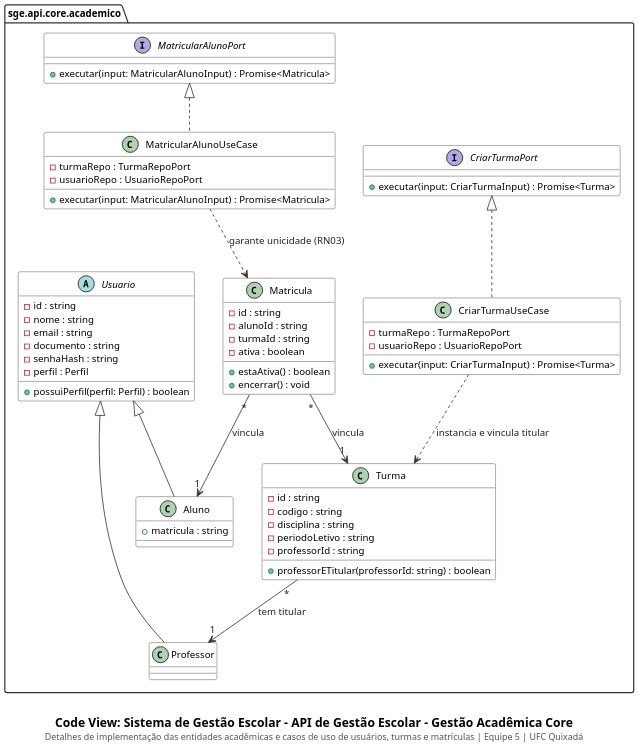
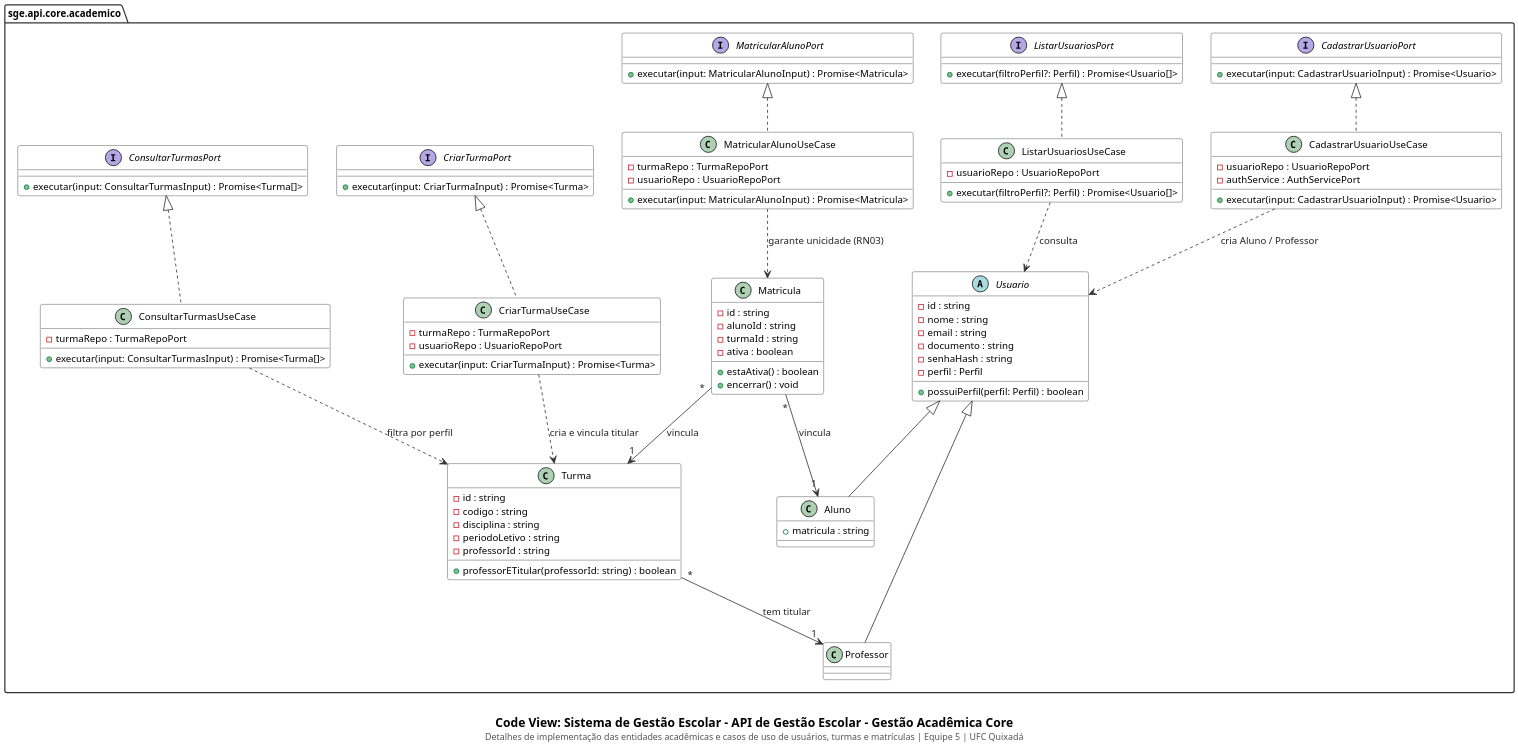
Before and after one commit to cicerocarnauba/sistema-gestao-escolar: the diagram in docs/code/gestao-academica-core.puml, drawn with PlantUML. The commit also changed 8 other files, not shown here.

Commit message:
docs: alinha nomenclatura entre diagramas C3 (componentes) e C4 (código)

```diff
--- a/docs/code/gestao-academica-core.puml
+++ b/docs/code/gestao-academica-core.puml
@@ -1,85 +1,116 @@
 @startuml
 set separator none
 top to bottom direction
 skinparam backgroundColor #FFFFFF
 skinparam shadowing false
 skinparam dpi 180
 skinparam defaultFontName "SansSerif"
 skinparam defaultFontSize 12
 skinparam packageStyle folder
 skinparam packageBackgroundColor #FFFFFF
 skinparam packageBorderColor #333333
 skinparam packageFontStyle bold
 skinparam classBackgroundColor #FFFFFF
 skinparam classHeaderBackgroundColor #FFFFFF
 skinparam classBorderColor #333333
 skinparam arrowColor #333333
 skinparam arrowFontColor #222222
 skinparam noteBackgroundColor #FAFAFA
 skinparam noteBorderColor #666666
 
 package "sge.api.core.academico" {
+    interface CadastrarUsuarioPort {
+        + executar(input: CadastrarUsuarioInput) : Promise<Usuario>
+    }
+
+    interface ListarUsuariosPort {
+        + executar(filtroPerfil?: Perfil) : Promise<Usuario[]>
+    }
+
     interface CriarTurmaPort {
         + executar(input: CriarTurmaInput) : Promise<Turma>
+    }
+
+    interface ConsultarTurmasPort {
+        + executar(input: ConsultarTurmasInput) : Promise<Turma[]>
     }
 
     interface MatricularAlunoPort {
         + executar(input: MatricularAlunoInput) : Promise<Matricula>
     }
 
+    class CadastrarUsuarioUseCase implements CadastrarUsuarioPort {
+        - usuarioRepo : UsuarioRepoPort
+        - authService : AuthServicePort
+        + executar(input: CadastrarUsuarioInput) : Promise<Usuario>
+    }
+
+    class ListarUsuariosUseCase implements ListarUsuariosPort {
+        - usuarioRepo : UsuarioRepoPort
+        + executar(filtroPerfil?: Perfil) : Promise<Usuario[]>
+    }
+
     class CriarTurmaUseCase implements CriarTurmaPort {
         - turmaRepo : TurmaRepoPort
         - usuarioRepo : UsuarioRepoPort
         + executar(input: CriarTurmaInput) : Promise<Turma>
+    }
+
+    class ConsultarTurmasUseCase implements ConsultarTurmasPort {
+        - turmaRepo : TurmaRepoPort
+        + executar(input: ConsultarTurmasInput) : Promise<Turma[]>
     }
 
     class MatricularAlunoUseCase implements MatricularAlunoPort {
         - turmaRepo : TurmaRepoPort
         - usuarioRepo : UsuarioRepoPort
         + executar(input: MatricularAlunoInput) : Promise<Matricula>
     }
 
     abstract class Usuario {
         - id : string
         - nome : string
         - email : string
         - documento : string
         - senhaHash : string
         - perfil : Perfil
         + possuiPerfil(perfil: Perfil) : boolean
     }
 
     class Aluno extends Usuario {
         + matricula : string
     }
 
     class Professor extends Usuario {
     }
 
     class Turma {
         - id : string
         - codigo : string
         - disciplina : string
         - periodoLetivo : string
         - professorId : string
         + professorETitular(professorId: string) : boolean
     }
 
     class Matricula {
         - id : string
         - alunoId : string
         - turmaId : string
         - ativa : boolean
         + estaAtiva() : boolean
         + encerrar() : void
     }
 
-    CriarTurmaUseCase ..> Turma : instancia e vincula titular
+    CadastrarUsuarioUseCase ..> Usuario : cria Aluno / Professor
+    ListarUsuariosUseCase ..> Usuario : consulta
+    CriarTurmaUseCase ..> Turma : cria e vincula titular
+    ConsultarTurmasUseCase ..> Turma : filtra por perfil
     MatricularAlunoUseCase ..> Matricula : garante unicidade (RN03)
     Turma "*" --> "1" Professor : tem titular
     Matricula "*" --> "1" Aluno : vincula
     Matricula "*" --> "1" Turma : vincula
 }
 
 caption \n<size:15><b>Code View: Sistema de Gestão Escolar - API de Gestão Escolar - Gestão Acadêmica Core</b></size>\n<size:11><color:#555555>Detalhes de implementação das entidades acadêmicas e casos de uso de usuários, turmas e matrículas | Equipe 5 | UFC Quixadá</color></size>
 @enduml
```
